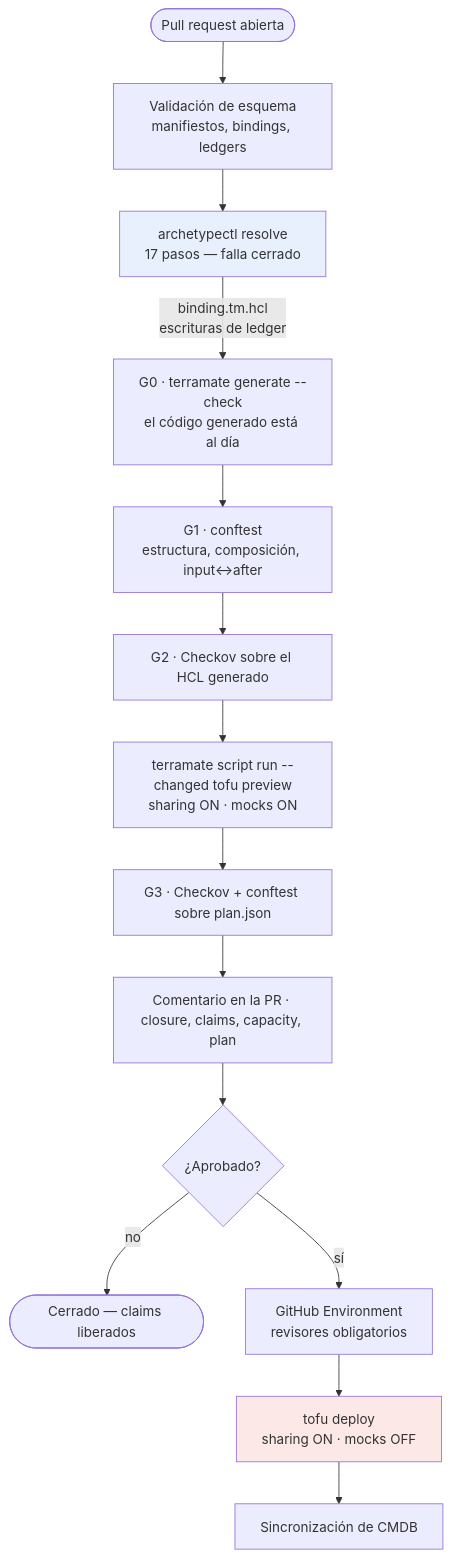
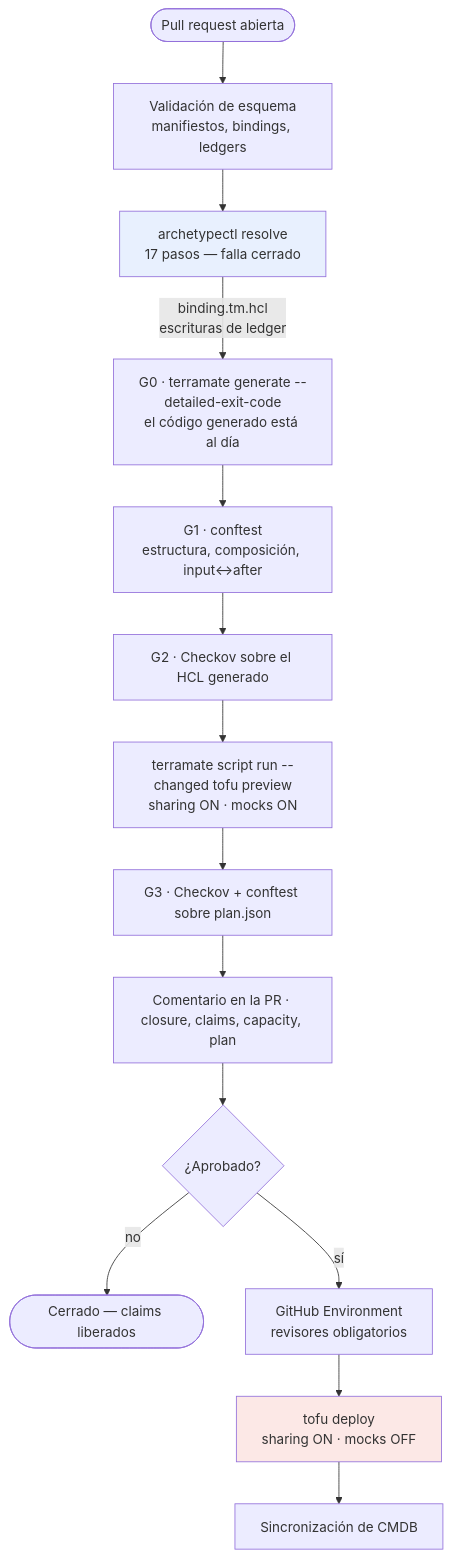
One commit to aescanero/proposal_documents changed the second of 19 diagrams in docs/es/platform-overview.md. Above: the diagram before and after it, drawn with Mermaid. The commit also changed 49 other files, not shown here.

````diff
--- a/docs/es/platform-overview.md
+++ b/docs/es/platform-overview.md
@@ -47,20 +47,20 @@
 ```mermaid
 flowchart TD
     PR([Pull request abierta]) --> SCH["Validación de esquema<br/>manifiestos, bindings, ledgers"]
     SCH --> RESOLVE["archetypectl resolve<br/>17 pasos — falla cerrado"]
-    RESOLVE -->|"binding.tm.hcl<br/>escrituras de ledger"| G0["G0 · terramate generate --check<br/>el código generado está al día"]
+    RESOLVE -->|"binding.tm.hcl<br/>escrituras de ledger"| G0["G0 · terramate generate --detailed-exit-code<br/>el código generado está al día"]
     G0 --> G1["G1 · conftest<br/>estructura, composición, input↔after"]
     G1 --> G2["G2 · Checkov sobre el HCL generado"]
     G2 --> PLAN["terramate script run --changed tofu preview<br/>sharing ON · mocks ON"]
     PLAN --> G3["G3 · Checkov + conftest sobre plan.json"]
     G3 --> CMT["Comentario en la PR · closure, claims, capacity, plan"]
 
     CMT --> REV{¿Aprobado?}
     REV -->|no| END1([Cerrado — claims liberados])
     REV -->|sí| ENV["GitHub Environment<br/>revisores obligatorios"]
     ENV --> APPLY["tofu deploy<br/>sharing ON · mocks OFF"]
     APPLY --> SYNC["Sincronización de CMDB"]
 
     style RESOLVE fill:#e8f0fe
     style APPLY fill:#fce8e6
 ```
````
